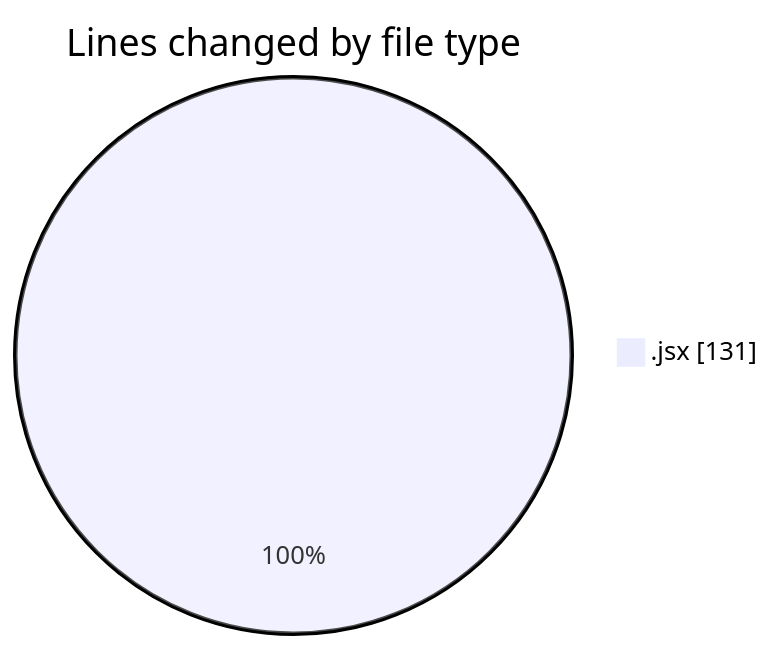
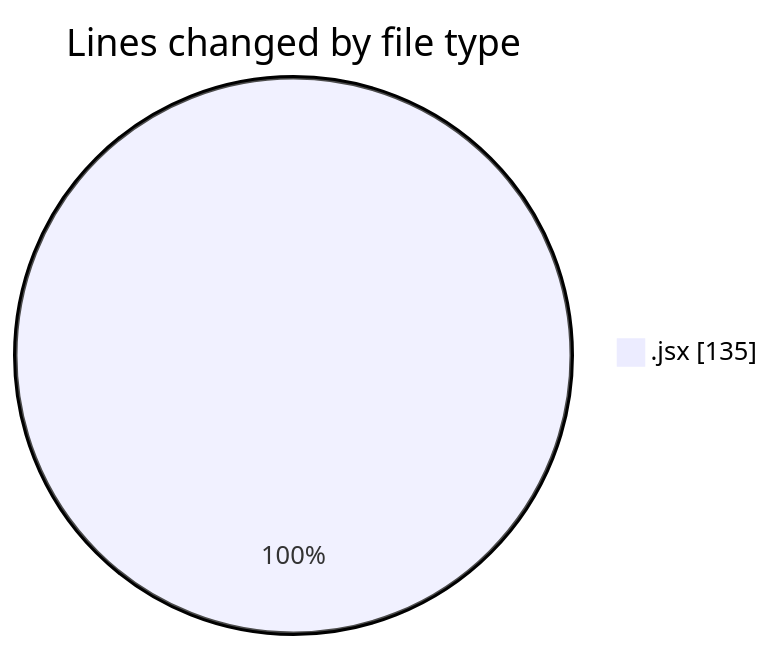
One commit to JenPaints/code-tracking changed the first of 2 diagrams in 2025-06-20/3d-gsap-scroll-template-main/README.md. Above: the diagram before and after it, drawn with Mermaid. The commit also changed other lines of this file and 1 other file, not shown here.

````diff
--- a/2025-06-20/3d-gsap-scroll-template-main/README.md
+++ b/2025-06-20/3d-gsap-scroll-template-main/README.md
@@ -22,5 +22,5 @@
 ```mermaid
 pie showData
 title Lines changed by file type
-".jsx" : 131
+".jsx" : 135
 ```
````
